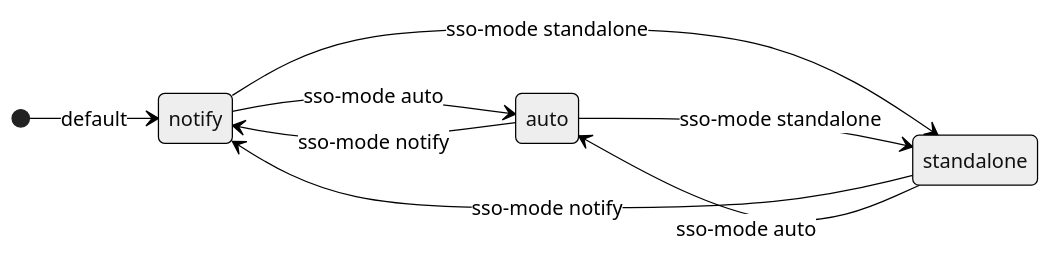
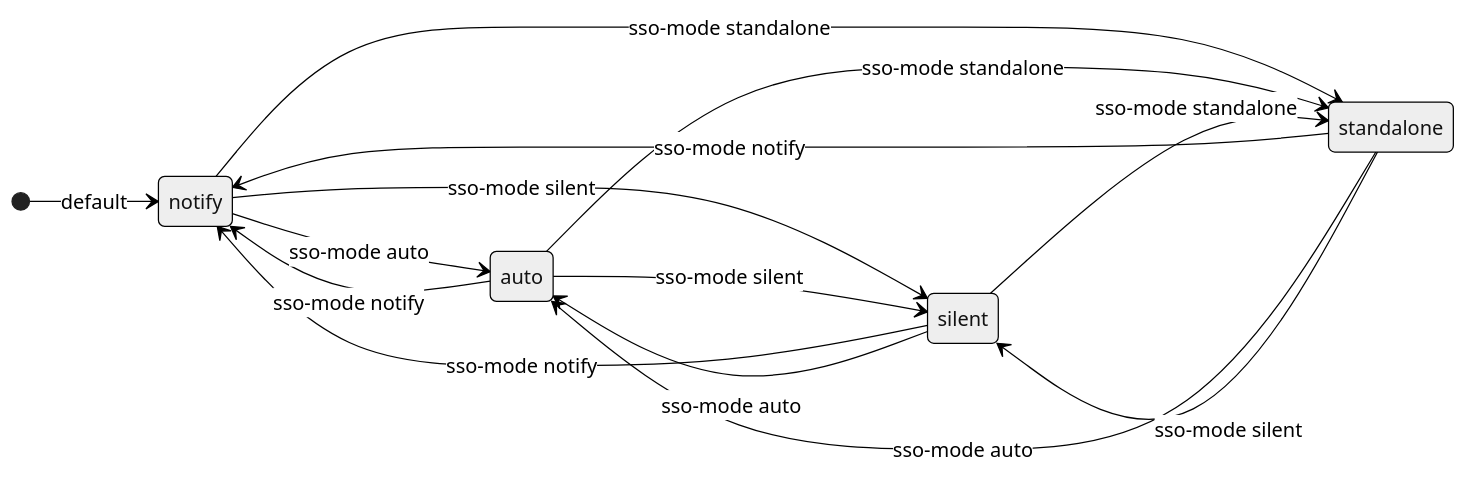
The first of 8 diagrams in docs/state-machine.md (rp-arielrodriguez/bazel-aws-maven-proxy), drawn with Mermaid (neutral theme) before and after one commit. The commit also changed other lines of this file and 10 other files, not shown here.

````diff
--- a/docs/state-machine.md
+++ b/docs/state-machine.md
@@ -9,11 +9,17 @@
 ```mermaid
 stateDiagram-v2
     direction LR
     [*] --> notify : default
     notify --> auto : sso-mode auto
+    notify --> silent : sso-mode silent
+    notify --> standalone : sso-mode standalone
     auto --> notify : sso-mode notify
-    notify --> standalone : sso-mode standalone
+    auto --> silent : sso-mode silent
+    auto --> standalone : sso-mode standalone
+    silent --> notify : sso-mode notify
+    silent --> auto : sso-mode auto
+    silent --> standalone : sso-mode standalone
     standalone --> notify : sso-mode notify
-    auto --> standalone : sso-mode standalone
     standalone --> auto : sso-mode auto
+    standalone --> silent : sso-mode silent
 ```
````
